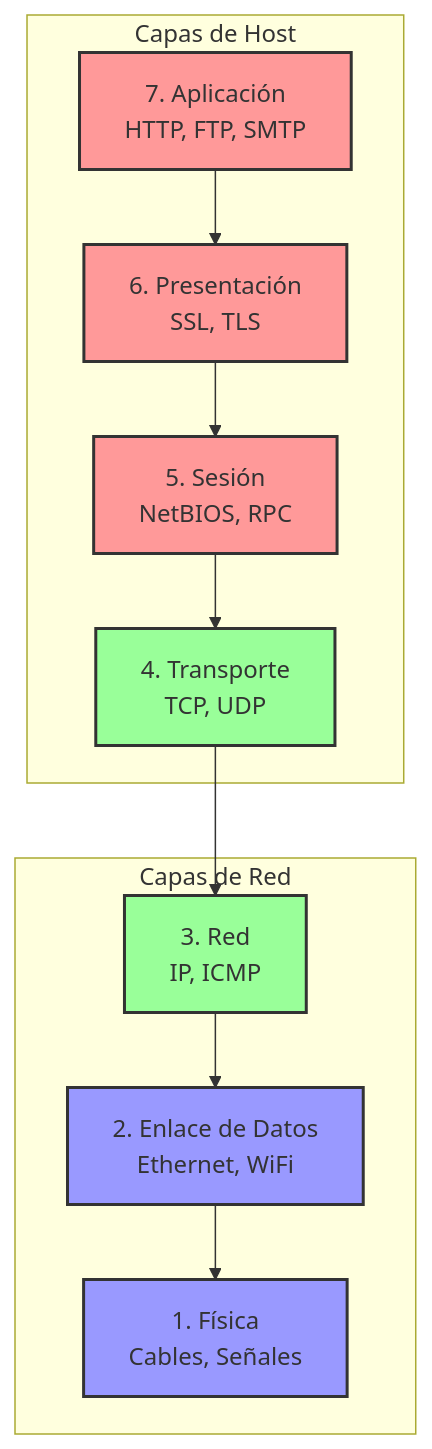
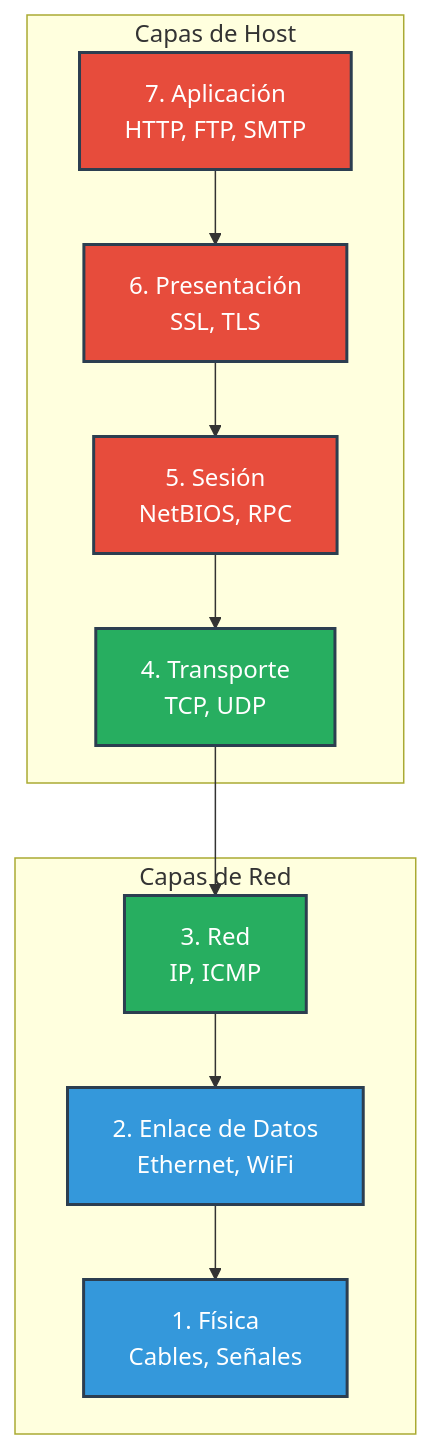
Diagram 17 of 21 in tps/tp1.md (ulysses-ck/grupo-redes-ifts-2025), drawn with Mermaid before and after one commit. The commit also changed other lines of this file, not shown here.

Commit message:
style: update diagram colors for improved visual consistency across network representations

````diff
--- a/tps/tp1.md
+++ b/tps/tp1.md
@@ -710,30 +710,30 @@
 ```mermaid
 graph TB
     subgraph "Capas de Host"
         A[7. Aplicación<br/>HTTP, FTP, SMTP]
         B[6. Presentación<br/>SSL, TLS]
         C[5. Sesión<br/>NetBIOS, RPC]
         D[4. Transporte<br/>TCP, UDP]
     end
     
     subgraph "Capas de Red"
         E[3. Red<br/>IP, ICMP]
         F[2. Enlace de Datos<br/>Ethernet, WiFi]
         G[1. Física<br/>Cables, Señales]
     end
     
     A --> B
     B --> C
     C --> D
     D --> E
     E --> F
     F --> G
     
-    style A fill:#ff9999,stroke:#333,stroke-width:2px
-    style B fill:#ff9999,stroke:#333,stroke-width:2px
-    style C fill:#ff9999,stroke:#333,stroke-width:2px
-    style D fill:#99ff99,stroke:#333,stroke-width:2px
-    style E fill:#99ff99,stroke:#333,stroke-width:2px
-    style F fill:#9999ff,stroke:#333,stroke-width:2px
-    style G fill:#9999ff,stroke:#333,stroke-width:2px
+    style A fill:#e74c3c,stroke:#2c3e50,stroke-width:2px,color:#FFFFFF
+    style B fill:#e74c3c,stroke:#2c3e50,stroke-width:2px,color:#FFFFFF
+    style C fill:#e74c3c,stroke:#2c3e50,stroke-width:2px,color:#FFFFFF
+    style D fill:#27ae60,stroke:#2c3e50,stroke-width:2px,color:#FFFFFF
+    style E fill:#27ae60,stroke:#2c3e50,stroke-width:2px,color:#FFFFFF
+    style F fill:#3498db,stroke:#2c3e50,stroke-width:2px,color:#FFFFFF
+    style G fill:#3498db,stroke:#2c3e50,stroke-width:2px,color:#FFFFFF
 ```
````
